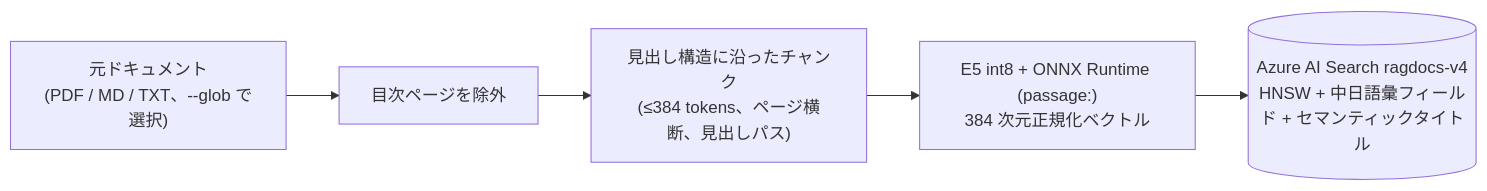
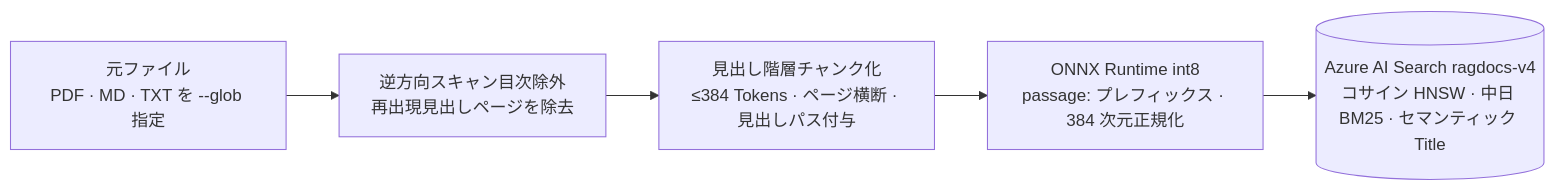
The eighth of 9 diagrams in README.md (workHMZ/aca-ghcr-cicd-lab), drawn with Mermaid before and after one commit. The commit also changed other lines of this file and 1 other file, not shown here.

````diff
--- a/README.md
+++ b/README.md
@@ -642,7 +631,7 @@
 ```mermaid
 flowchart LR
-    Docs["元ドキュメント<br/>(PDF / MD / TXT、--glob で選択)"] --> TOC["目次ページを除外"]
-    TOC --> Chunk["見出し構造に沿ったチャンク<br/>(≤384 tokens、ページ横断、見出しパス)"]
-    Chunk --> Embed["E5 int8 + ONNX Runtime (passage:)<br/>384 次元正規化ベクトル"]
-    Embed --> Index[("Azure AI Search ragdocs-v4<br/>HNSW + 中日語彙フィールド + セマンティックタイトル")]
+    Docs["元ファイル<br/>PDF · MD · TXT を --glob 指定"] --> TOC["逆方向スキャン目次除外<br/>再出現見出しページを除去"]
+    TOC --> Chunk["見出し階層チャンク化<br/>≤384 Tokens · ページ横断 · 見出しパス付与"]
+    Chunk --> Embed["ONNX Runtime int8<br/>passage: プレフィックス · 384 次元正規化"]
+    Embed --> Index[("Azure AI Search ragdocs-v4<br/>コサイン HNSW · 中日 BM25 · セマンティック Title")]
 ```
````
